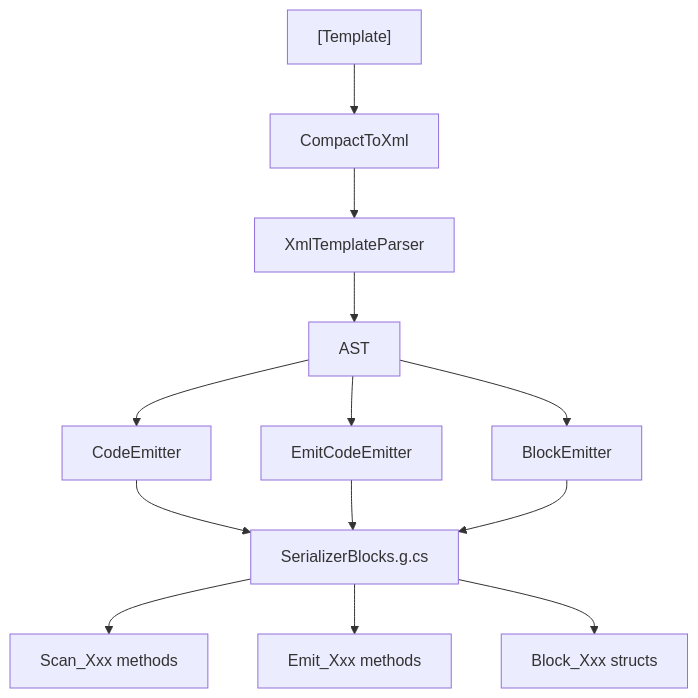
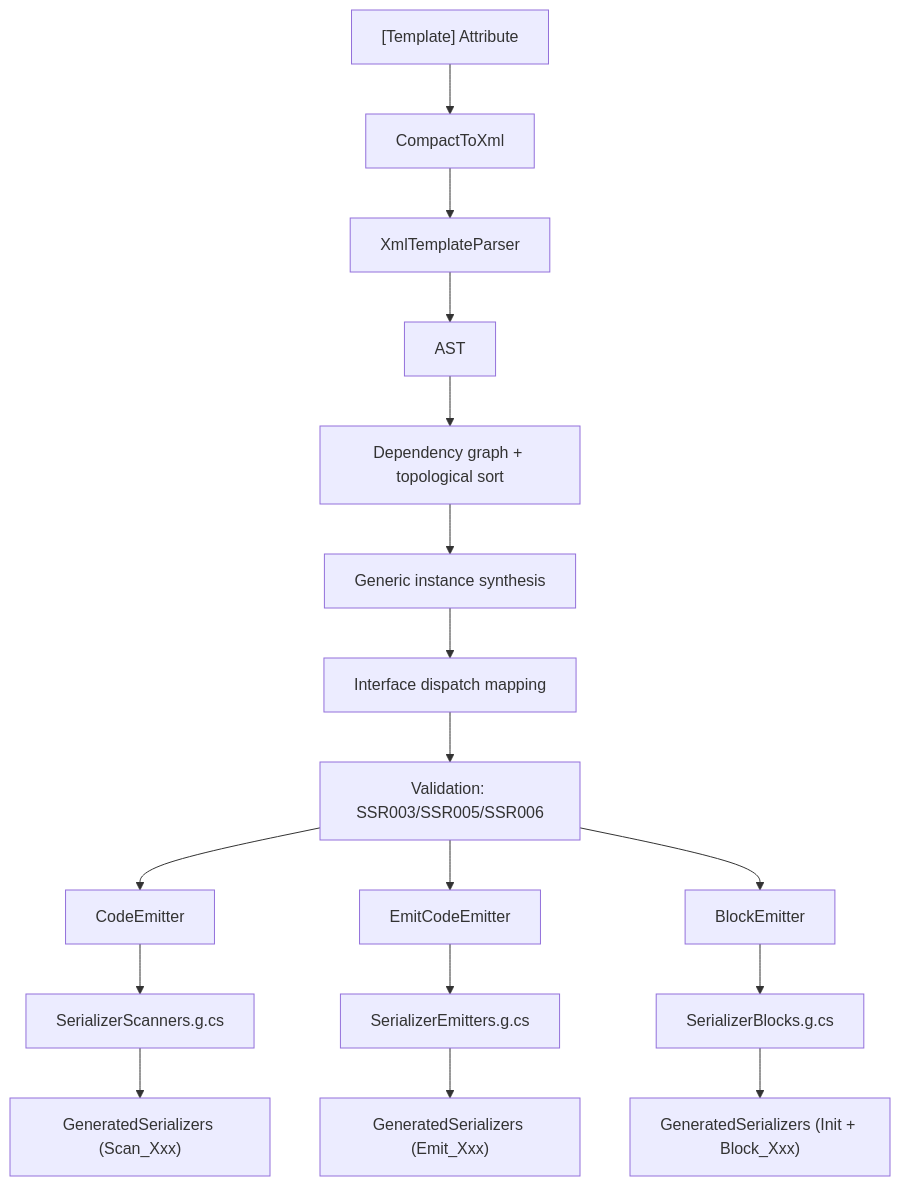
One commit to twds0x13/SourceSerializer changed the diagram in docs/en/technical/pipeline/overview.md. Above: the diagram before and after it, drawn with Mermaid. The commit also changed other lines of this file and 6 other files, not shown here.

````diff
--- a/docs/en/technical/pipeline/overview.md
+++ b/docs/en/technical/pipeline/overview.md
@@ -7,15 +7,19 @@
 ```mermaid
 flowchart TD
-    A["[Template]"] --> B[CompactToXml]
+    A["[Template] Attribute"] --> B[CompactToXml]
     B --> C[XmlTemplateParser]
     C --> D[AST]
-    D --> E[CodeEmitter]
-    D --> F[EmitCodeEmitter]
-    D --> G[BlockEmitter]
-    E --> H[SerializerBlocks.g.cs]
-    F --> H
-    G --> H
-    H --> I[Scan_Xxx methods]
-    H --> J[Emit_Xxx methods]
-    H --> K[Block_Xxx structs]
+    D --> E[Dependency graph + topological sort]
+    E --> F[Generic instance synthesis]
+    F --> G[Interface dispatch mapping]
+    G --> H[Validation: SSR003/SSR005/SSR006]
+    H --> I[CodeEmitter]
+    H --> J[EmitCodeEmitter]
+    H --> K[BlockEmitter]
+    I --> L[SerializerScanners.g.cs]
+    J --> M[SerializerEmitters.g.cs]
+    K --> N[SerializerBlocks.g.cs]
+    L --> O["GeneratedSerializers (Scan_Xxx)"]
+    M --> P["GeneratedSerializers (Emit_Xxx)"]
+    N --> Q["GeneratedSerializers (Init + Block_Xxx)"]
 ```
````
